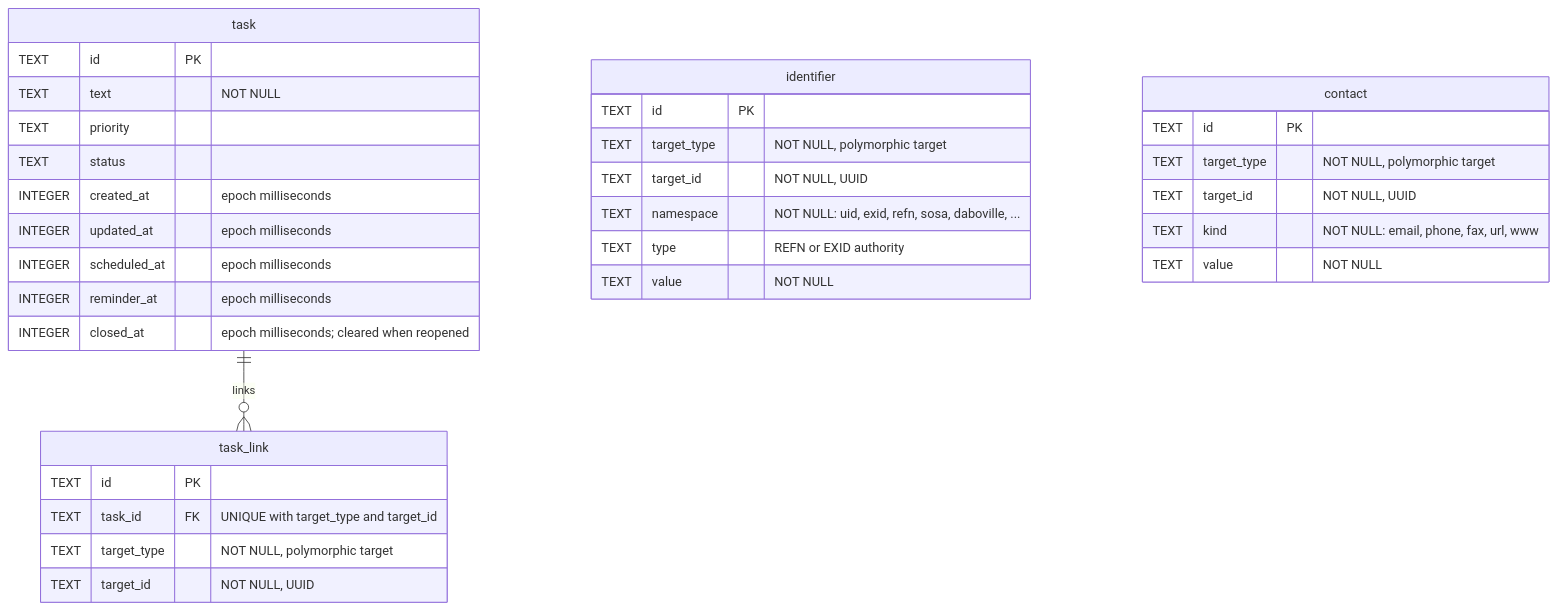
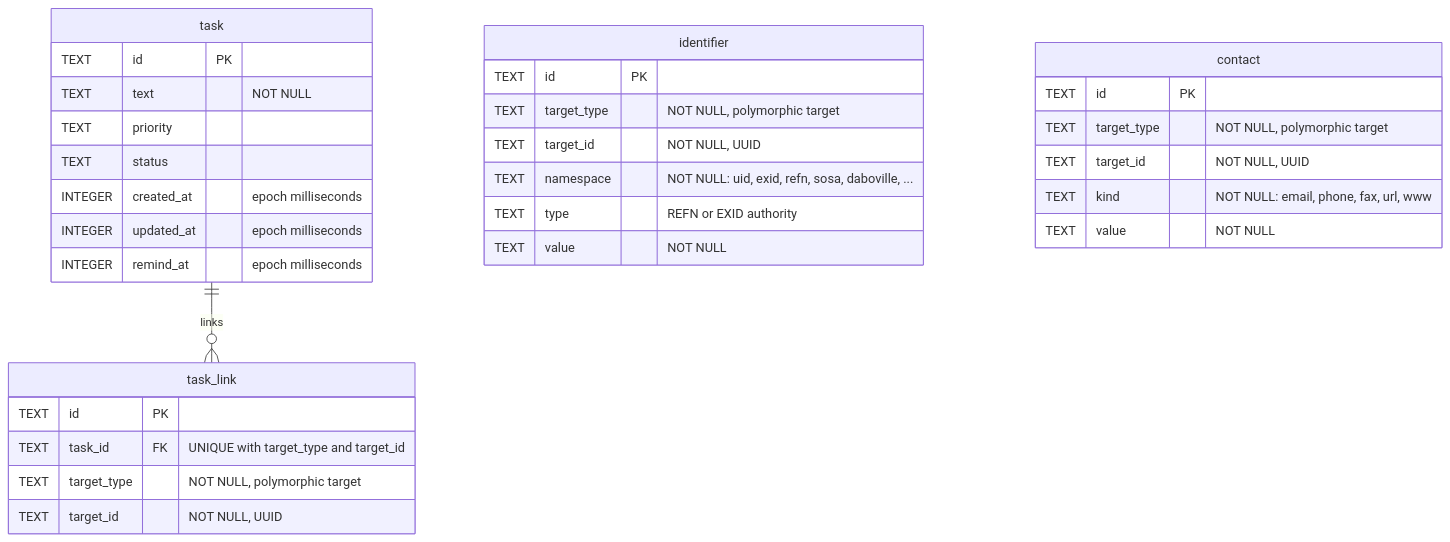
Before and after one commit to borisovodov/doru: diagram 12 of 12 in docs/db-schema.md, drawn with Mermaid. The commit also changed other lines of this file and 55 other files, not shown here.

````diff
--- a/docs/db-schema.md
+++ b/docs/db-schema.md
@@ -856,40 +856,38 @@
 ```mermaid
 erDiagram
     task ||--o{ task_link : "links"
 
     identifier {
         TEXT id PK
         TEXT target_type "NOT NULL, polymorphic target"
         TEXT target_id "NOT NULL, UUID"
         TEXT namespace "NOT NULL: uid, exid, refn, sosa, daboville, ..."
         TEXT type "REFN or EXID authority"
         TEXT value "NOT NULL"
     }
 
     contact {
         TEXT id PK
         TEXT target_type "NOT NULL, polymorphic target"
         TEXT target_id "NOT NULL, UUID"
         TEXT kind "NOT NULL: email, phone, fax, url, www"
         TEXT value "NOT NULL"
     }
 
     task {
         TEXT id PK
         TEXT text "NOT NULL"
         TEXT priority
         TEXT status
         INTEGER created_at "epoch milliseconds"
         INTEGER updated_at "epoch milliseconds"
-        INTEGER scheduled_at "epoch milliseconds"
-        INTEGER reminder_at "epoch milliseconds"
-        INTEGER closed_at "epoch milliseconds; cleared when reopened"
+        INTEGER remind_at "epoch milliseconds"
     }
 
     task_link {
         TEXT id PK
         TEXT task_id FK "UNIQUE with target_type and target_id"
         TEXT target_type "NOT NULL, polymorphic target"
         TEXT target_id "NOT NULL, UUID"
     }
 ```
````
